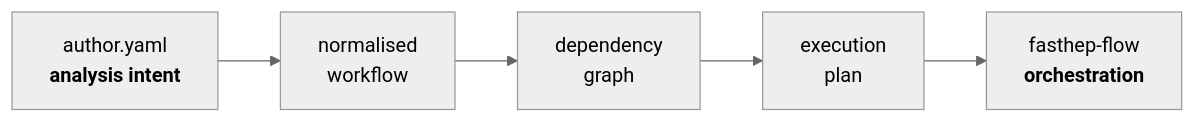
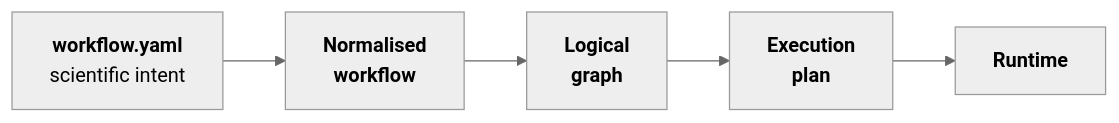
Before and after one commit to FAST-HEP/fast-hep.github.io: the first of 2 diagrams in content/concepts/workflow-language.md, drawn with Mermaid (neutral theme). The commit also changed other lines of this file and 6 other files, not shown here.

````diff
--- a/content/concepts/workflow-language.md
+++ b/content/concepts/workflow-language.md
@@ -13,10 +16,10 @@
 ```mermaid
 flowchart LR
-    Author["author.yaml<br/><b>analysis intent</b>"]
-    Normalised["normalised<br/>workflow"]
-    Graph["dependency<br/>graph"]
-    Plan["execution<br/>plan"]
-    Flow["fasthep-flow<br/><b>orchestration</b>"]
+    Workflow["<b>workflow.yaml</b><br/>scientific intent"]:::input
+    Normalised["<b>Normalised<br/>workflow</b>"]:::flow
+    Graph["<b>Logical<br/>graph</b>"]:::flow
+    Plan["<b>Execution<br/>plan</b>"]:::plan
+    Runtime["<b>Runtime</b>"]:::runtime
 
-    Author --> Normalised --> Graph --> Plan --> Flow
+    Workflow --> Normalised --> Graph --> Plan --> Runtime
 ```
````
